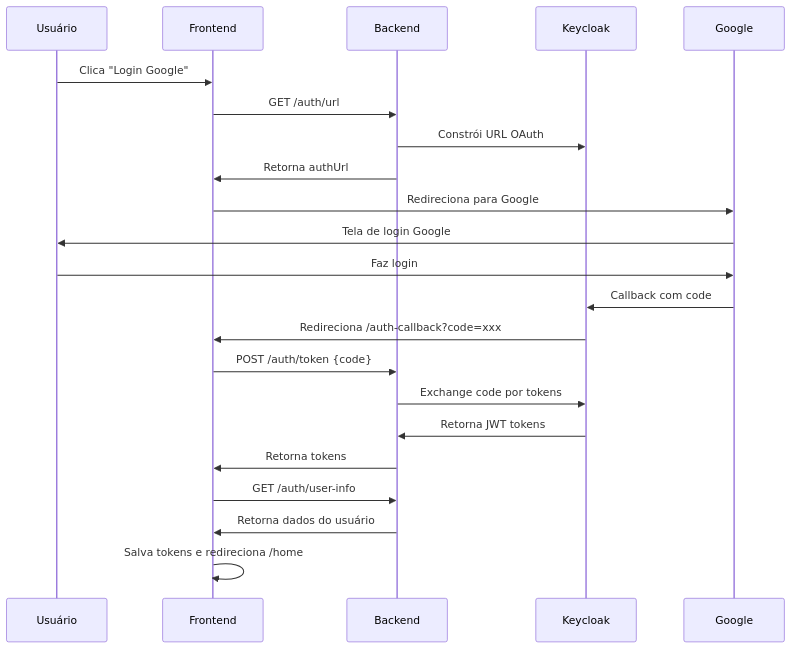
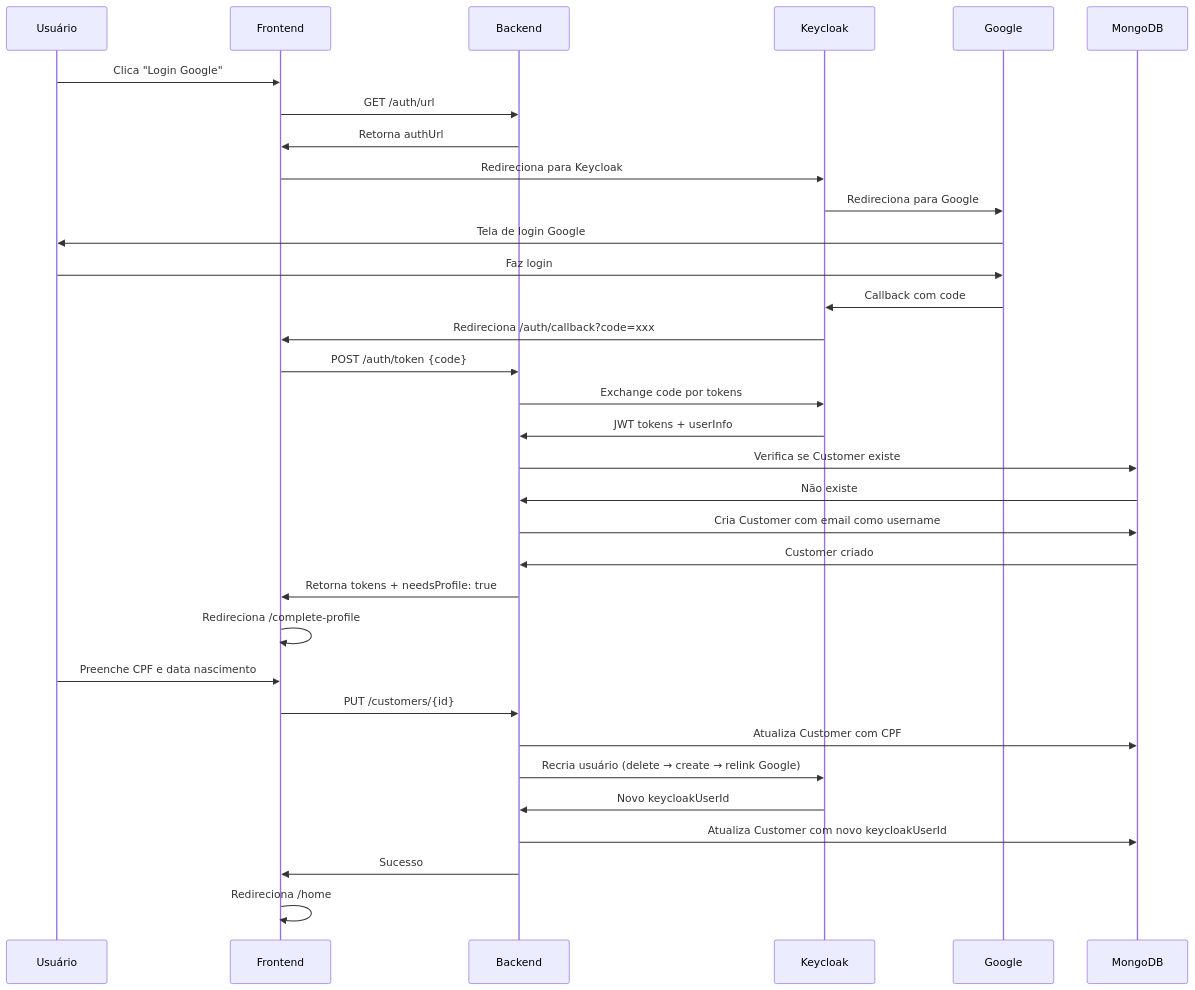
One commit to lucianossj/poc-keycloak changed the third of 4 diagrams in README.md. Above: the diagram before and after it, drawn with Mermaid. The commit also changed other lines of this file and 2 other files, not shown here.

````diff
--- a/README.md
+++ b/README.md
@@ -116,25 +175,36 @@
 ```mermaid
 sequenceDiagram
     participant U as Usuário
     participant F as Frontend
     participant B as Backend  
     participant K as Keycloak
     participant G as Google
+    participant M as MongoDB
 
     U->>F: Clica "Login Google"
     F->>B: GET /auth/url
-    B->>K: Constrói URL OAuth
     B->>F: Retorna authUrl
-    F->>G: Redireciona para Google
+    F->>K: Redireciona para Keycloak
+    K->>G: Redireciona para Google
     G->>U: Tela de login Google
     U->>G: Faz login
     G->>K: Callback com code
-    K->>F: Redireciona /auth-callback?code=xxx
+    K->>F: Redireciona /auth/callback?code=xxx
     F->>B: POST /auth/token {code}
     B->>K: Exchange code por tokens
-    K->>B: Retorna JWT tokens
-    B->>F: Retorna tokens
-    F->>B: GET /auth/user-info
-    B->>F: Retorna dados do usuário
-    F->>F: Salva tokens e redireciona /home
+    K->>B: JWT tokens + userInfo
+    B->>M: Verifica se Customer existe
+    M->>B: Não existe
+    B->>M: Cria Customer com email como username
+    M->>B: Customer criado
+    B->>F: Retorna tokens + needsProfile: true
+    F->>F: Redireciona /complete-profile
+    U->>F: Preenche CPF e data nascimento
+    F->>B: PUT /customers/{id}
+    B->>M: Atualiza Customer com CPF
+    B->>K: Recria usuário (delete → create → relink Google)
+    K->>B: Novo keycloakUserId
+    B->>M: Atualiza Customer com novo keycloakUserId
+    B->>F: Sucesso
+    F->>F: Redireciona /home
 ```
````
